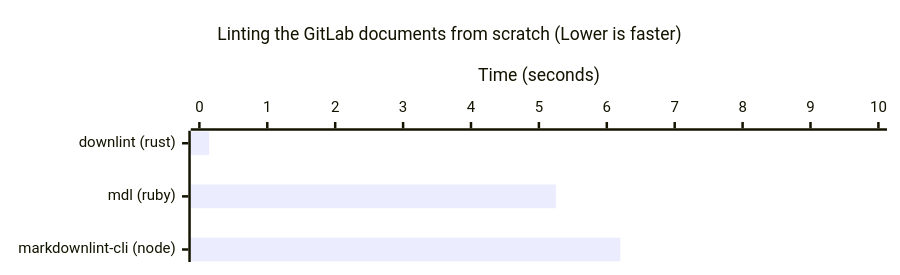
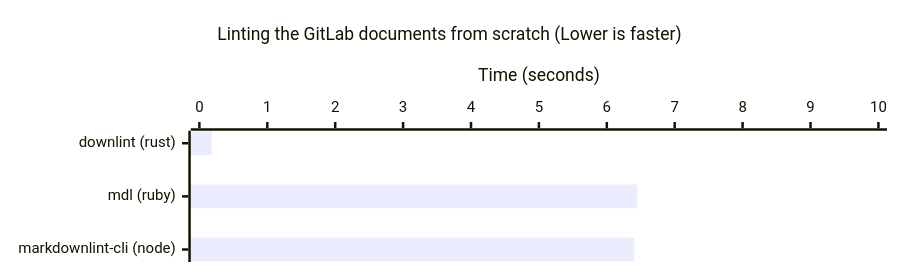
The diagram in README.md (jasonxue1/mado), drawn with Mermaid before and after one commit.

````diff
--- a/README.md
+++ b/README.md
@@ -6,20 +6,20 @@
 ```mermaid
 ---
 config:
     xyChart:
         height: 200
         titleFontSize: 14
         chartOrientation: horizontal
         xAxis:
             labelFontSize: 12
             titleFontSize: 14
         yAxis:
             labelFontSize: 12
             titleFontSize: 14
 ---
 xychart-beta
     title "Linting the GitLab documents from scratch (Lower is faster)"
     x-axis ["downlint (rust)", "mdl (ruby)", "markdownlint-cli (node)"]
     y-axis "Time (seconds)" 0 --> 10
-    bar [0.144, 5.251, 6.199]
+    bar [0.181, 6.448, 6.405]
 ```
````
